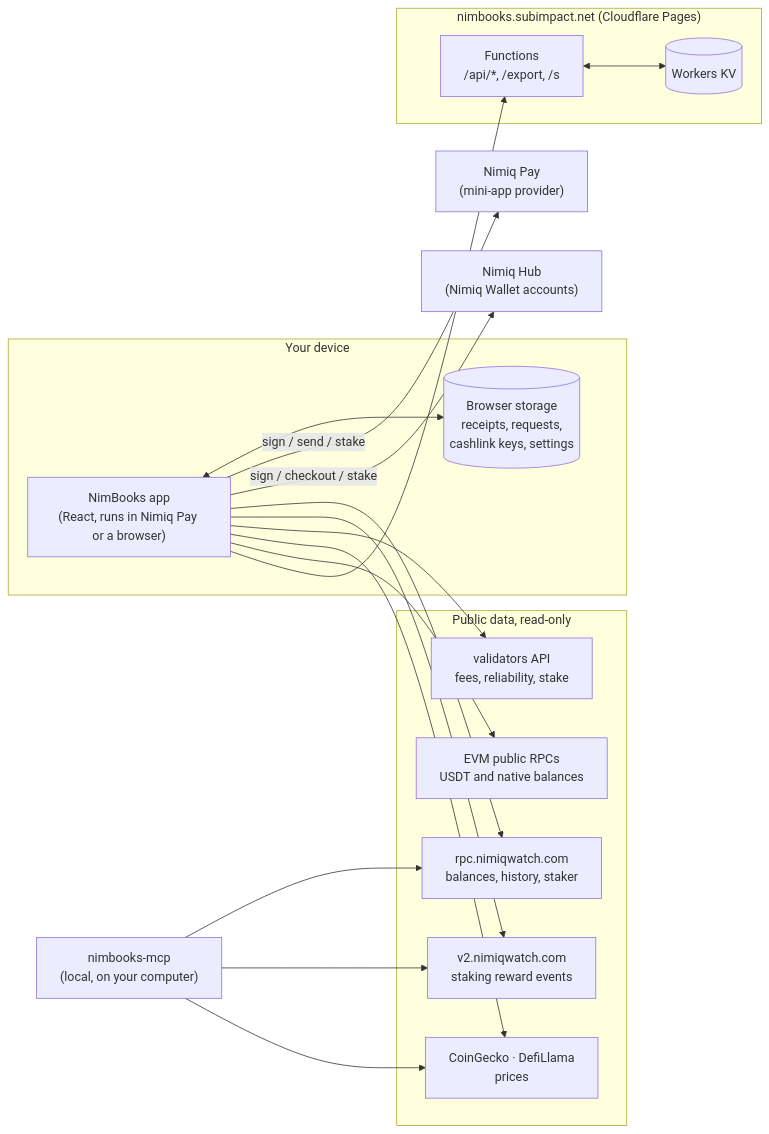
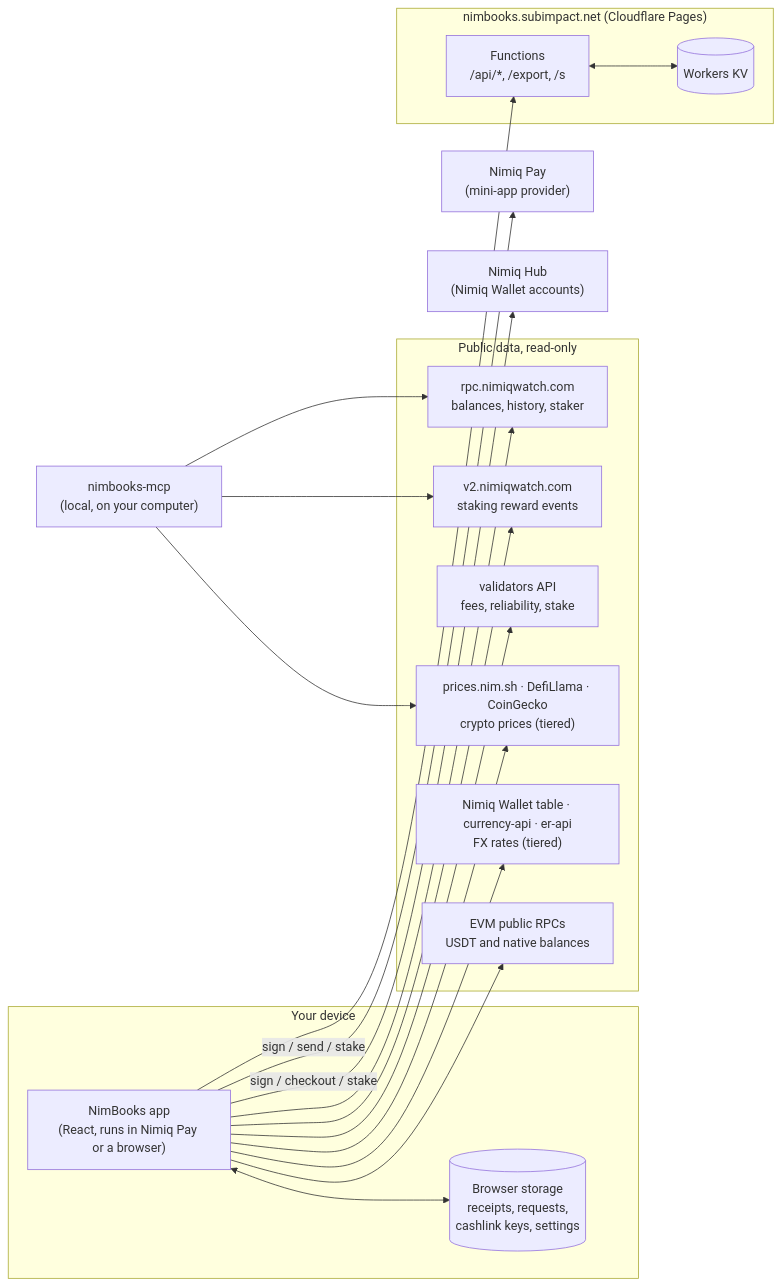
The diagram in ARCHITECTURE.md (subimpact/nimbooks), drawn with Mermaid before and after one commit. The commit also changed other lines of this file and 6 other files, not shown here.

Commit message:
docs v1.37.0: CSP admits the four new price/FX hosts; privacy, architecture and roadmap describe the price chain; changelog entry

````diff
--- a/ARCHITECTURE.md
+++ b/ARCHITECTURE.md
@@ -9,31 +9,32 @@
 ```mermaid
 flowchart LR
   subgraph Device["Your device"]
     App["NimBooks app<br/>(React, runs in Nimiq Pay or a browser)"]
     Store[("Browser storage<br/>receipts, requests,<br/>cashlink keys, settings")]
     App <--> Store
   end
 
   Pay["Nimiq Pay<br/>(mini-app provider)"]
   Hub["Nimiq Hub<br/>(Nimiq Wallet accounts)"]
   App -- "sign / send / stake" --> Pay
   App -- "sign / checkout / stake" --> Hub
 
   subgraph Public["Public data, read-only"]
     RPC["rpc.nimiqwatch.com<br/>balances, history, staker"]
     V2["v2.nimiqwatch.com<br/>staking reward events"]
     VAL["validators API<br/>fees, reliability, stake"]
-    PX["CoinGecko · DefiLlama<br/>prices"]
+    PX["prices.nim.sh · DefiLlama · CoinGecko<br/>crypto prices (tiered)"]
+    FX["Nimiq Wallet table · currency-api · er-api<br/>FX rates (tiered)"]
     EVM["EVM public RPCs<br/>USDT and native balances"]
   end
-  App --> RPC & V2 & VAL & PX & EVM
+  App --> RPC & V2 & VAL & PX & FX & EVM
 
   subgraph Edge["nimbooks.subimpact.net (Cloudflare Pages)"]
     FN["Functions<br/>/api/*, /export, /s"]
     KV[("Workers KV")]
     FN <--> KV
   end
   App --> FN
 
   MCP["nimbooks-mcp<br/>(local, on your computer)"] --> RPC & V2 & PX
 ```
````
